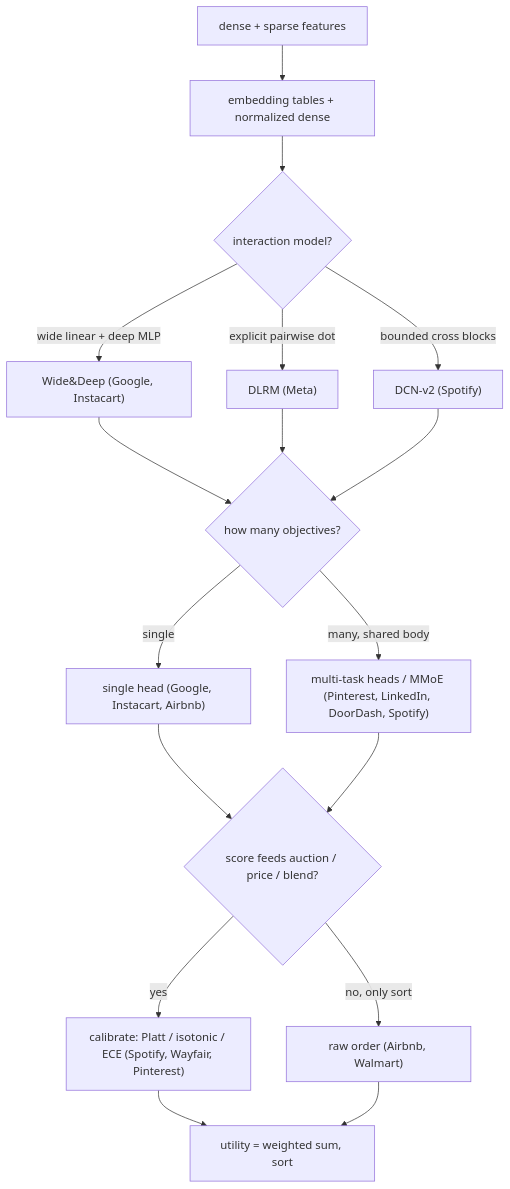
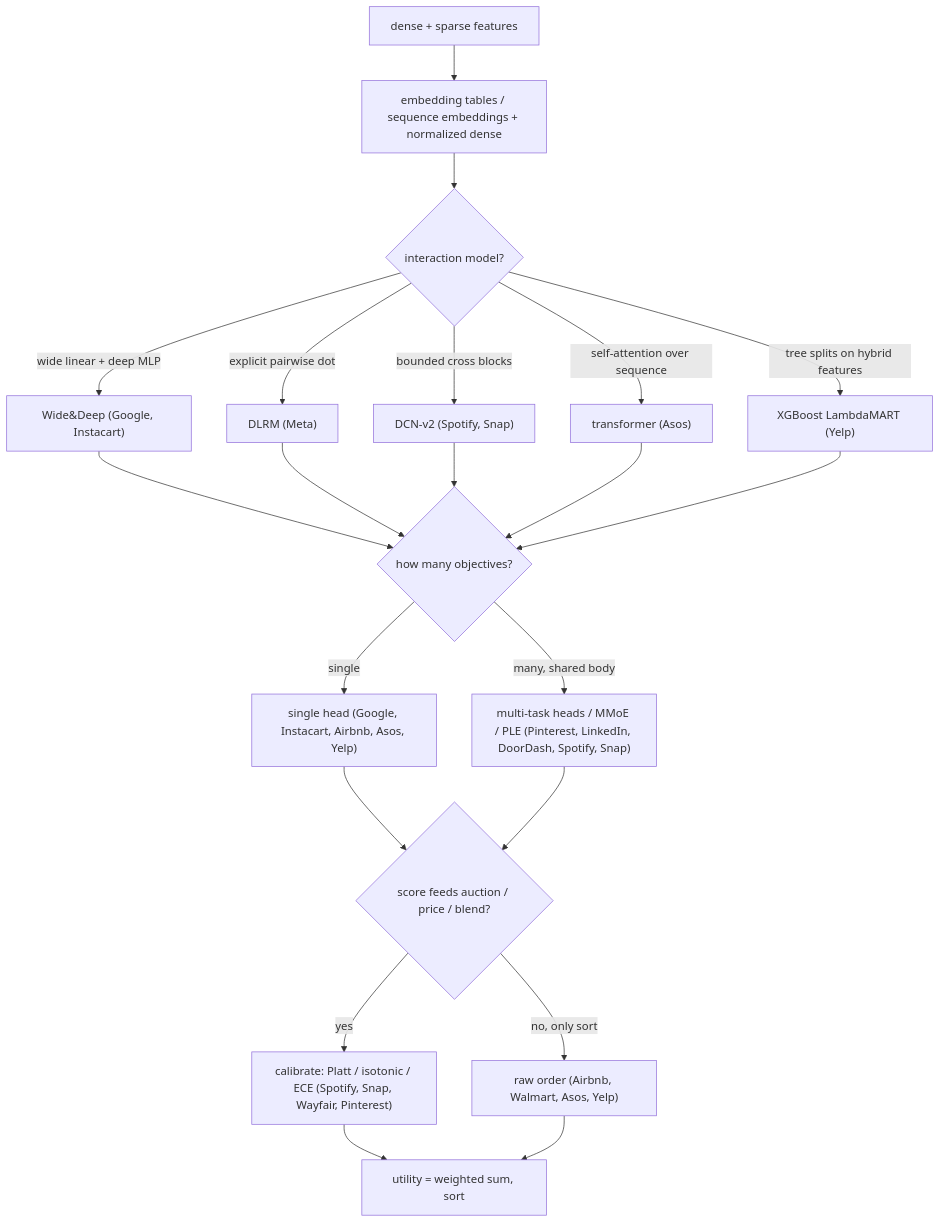
The third of 36 diagrams in CASE-STUDIES.md (neurarch-ai/awesome-ml-system-design), drawn with Mermaid before and after one commit. The commit also changed other lines of this file and 1 other file, not shown here.

First line of the commit message:
Refresh comparative diagrams + teardowns for the newly added cases

````diff
--- a/CASE-STUDIES.md
+++ b/CASE-STUDIES.md
@@ -109,19 +109,23 @@
 ```mermaid
 flowchart TD
-  IN["dense + sparse features"] --> EMB["embedding tables + normalized dense"]
+  IN["dense + sparse features"] --> EMB["embedding tables / sequence embeddings + normalized dense"]
   EMB --> D1{"interaction model?"}
   D1 -->|"wide linear + deep MLP"| WD["Wide&Deep (Google, Instacart)"]
   D1 -->|"explicit pairwise dot"| DL["DLRM (Meta)"]
-  D1 -->|"bounded cross blocks"| DC["DCN-v2 (Spotify)"]
+  D1 -->|"bounded cross blocks"| DC["DCN-v2 (Spotify, Snap)"]
+  D1 -->|"self-attention over sequence"| TR["transformer (Asos)"]
+  D1 -->|"tree splits on hybrid features"| GB["XGBoost LambdaMART (Yelp)"]
   WD --> D2{"how many objectives?"}
   DL --> D2
   DC --> D2
-  D2 -->|"single"| SG["single head (Google, Instacart, Airbnb)"]
-  D2 -->|"many, shared body"| MT["multi-task heads / MMoE (Pinterest, LinkedIn, DoorDash, Spotify)"]
+  TR --> D2
+  GB --> D2
+  D2 -->|"single"| SG["single head (Google, Instacart, Airbnb, Asos, Yelp)"]
+  D2 -->|"many, shared body"| MT["multi-task heads / MMoE / PLE (Pinterest, LinkedIn, DoorDash, Spotify, Snap)"]
   SG --> D3{"score feeds auction / price / blend?"}
   MT --> D3
-  D3 -->|"yes"| CAL["calibrate: Platt / isotonic / ECE (Spotify, Wayfair, Pinterest)"]
-  D3 -->|"no, only sort"| RANK["raw order (Airbnb, Walmart)"]
+  D3 -->|"yes"| CAL["calibrate: Platt / isotonic / ECE (Spotify, Snap, Wayfair, Pinterest)"]
+  D3 -->|"no, only sort"| RANK["raw order (Airbnb, Walmart, Asos, Yelp)"]
   CAL --> U["utility = weighted sum, sort"]
   RANK --> U
 ```
````
